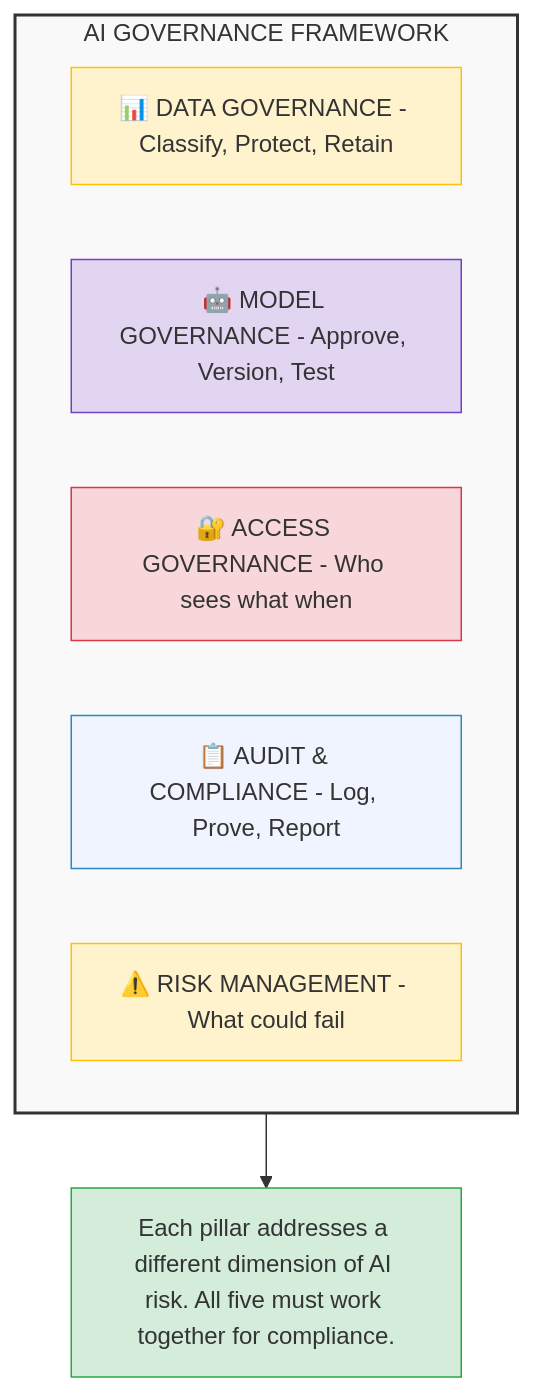
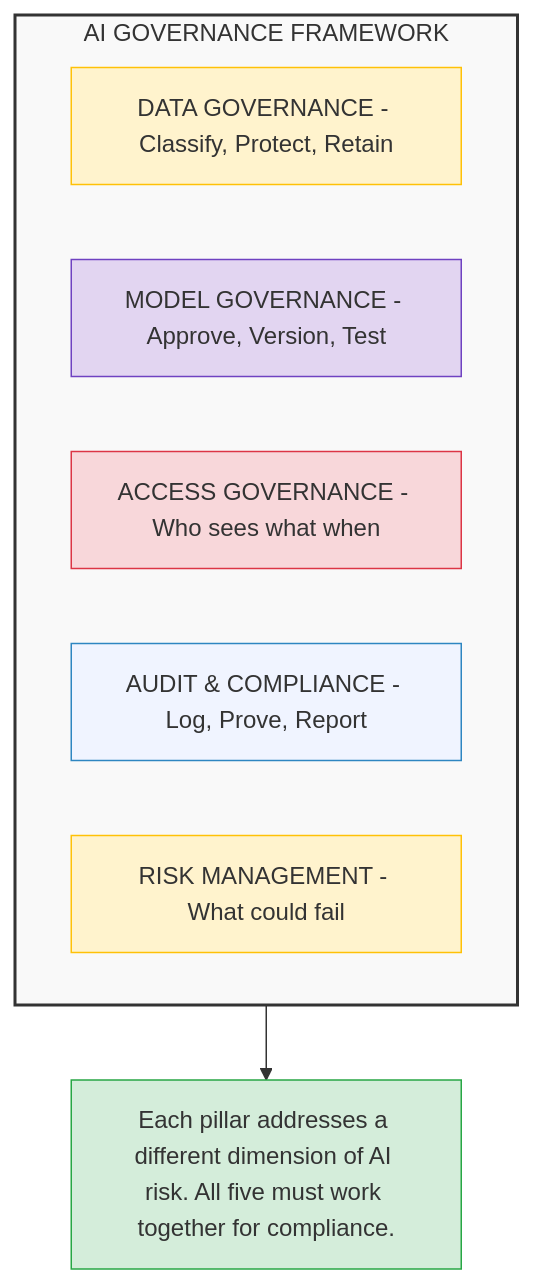
Before and after one commit to ithinktavo/GenAI-Engineering-Handbook: the first of 3 diagrams in docs/10-governance.md, drawn with Mermaid. The commit also changed other lines of this file and 10 other files, not shown here.

Commit message:
Diagram updates

````diff
--- a/docs/10-governance.md
+++ b/docs/10-governance.md
@@ -35,22 +35,22 @@
 ```mermaid
 graph TD
     subgraph framework["AI GOVERNANCE FRAMEWORK"]
         direction LR
-        P1["📊 DATA GOVERNANCE - Classify, Protect, Retain"]
-        P2["🤖 MODEL GOVERNANCE - Approve, Version, Test"]
-        P3["🔐 ACCESS GOVERNANCE - Who sees what when"]
-        P4["📋 AUDIT & COMPLIANCE - Log, Prove, Report"]
-        P5["⚠️ RISK MANAGEMENT - What could fail"]
+        P1["DATA GOVERNANCE - Classify, Protect, Retain"]
+        P2["MODEL GOVERNANCE - Approve, Version, Test"]
+        P3["ACCESS GOVERNANCE - Who sees what when"]
+        P4["AUDIT & COMPLIANCE - Log, Prove, Report"]
+        P5["RISK MANAGEMENT - What could fail"]
     end
 
     note["Each pillar addresses a different dimension of AI risk. All five must work together for compliance."]
     framework --> note
 
     style P1 fill:#fff3cd,stroke:#ffc107
     style P2 fill:#e2d5f1,stroke:#6f42c1
     style P3 fill:#f8d7da,stroke:#dc3545
     style P4 fill:#f0f4ff,stroke:#2E86C1
     style P5 fill:#fff3cd,stroke:#ffc107
     style framework fill:#f9f9f9,stroke:#333,stroke-width:2px
     style note fill:#d4edda,stroke:#28a745
 ```
````
